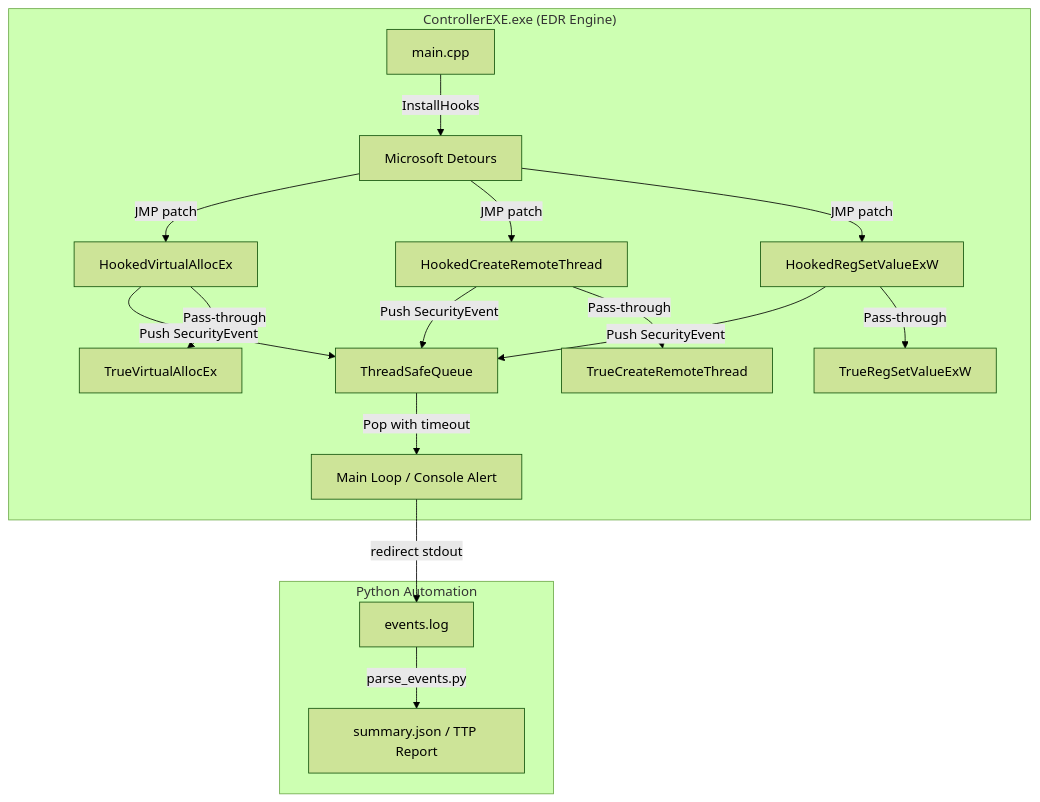
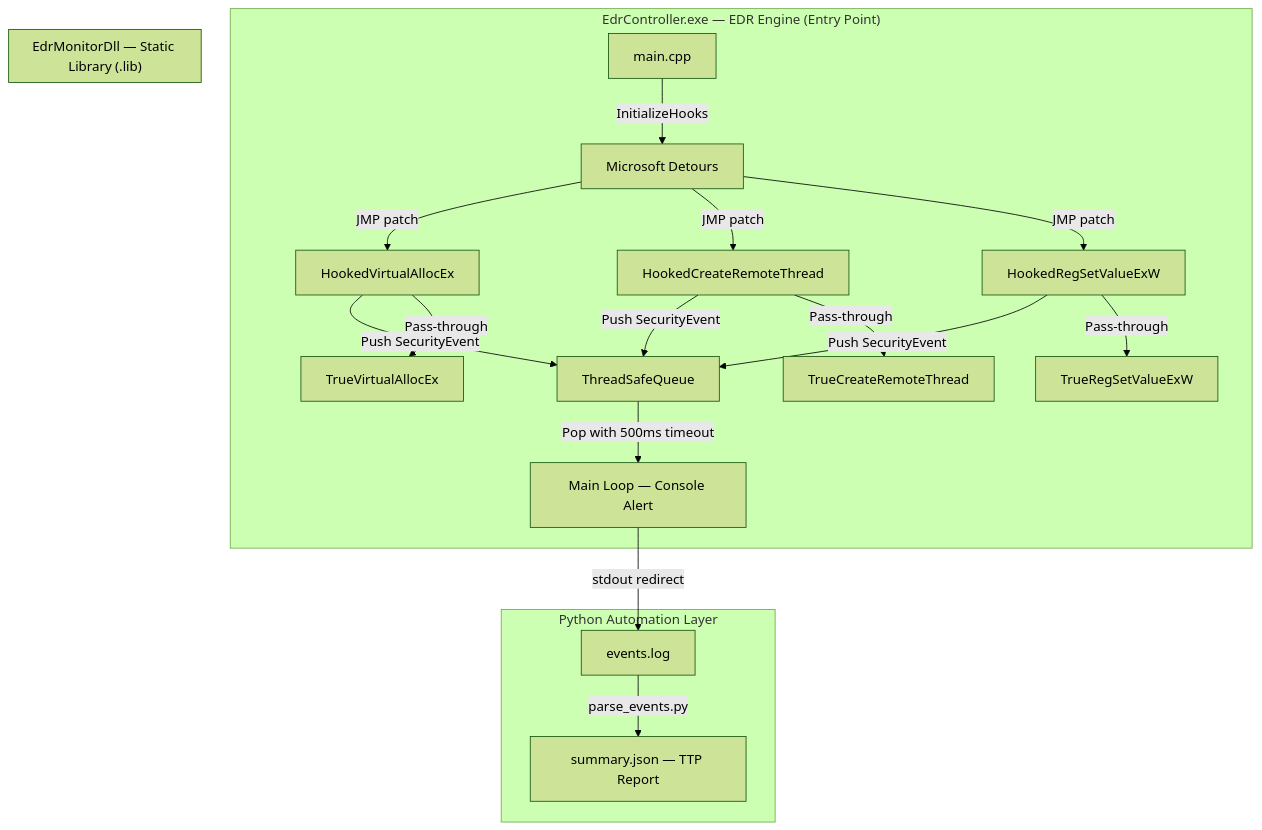
Before and after one commit to rexlim820220/SentinelLite-EDR: the diagram in README.md, drawn with Mermaid (forest theme). The commit also changed other lines of this file, not shown here.

````diff
--- a/README.md
+++ b/README.md
@@ -7,21 +11,28 @@
 ```mermaid
 graph TD
-    subgraph ControllerEXE ["ControllerEXE.exe (EDR Engine)"]
-        A[main.cpp] -->|InstallHooks| B[Microsoft Detours]
+    subgraph EdrController ["EdrController.exe — EDR Engine (Entry Point)"]
+        A[main.cpp] -->|InitializeHooks| B[Microsoft Detours]
         B -->|JMP patch| C[HookedVirtualAllocEx]
         B -->|JMP patch| D[HookedCreateRemoteThread]
         B -->|JMP patch| E[HookedRegSetValueExW]
         C -->|Push SecurityEvent| F[ThreadSafeQueue]
         D -->|Push SecurityEvent| F
         E -->|Push SecurityEvent| F
-        F -->|Pop with timeout| G[Main Loop / Console Alert]
+        F -->|Pop with 500ms timeout| G[Main Loop — Console Alert]
         C -->|Pass-through| H[TrueVirtualAllocEx]
         D -->|Pass-through| I[TrueCreateRemoteThread]
         E -->|Pass-through| J[TrueRegSetValueExW]
     end
 
-    subgraph Python ["Python Automation"]
-        G -->|redirect stdout| K[events.log]
-        K -->|parse_events.py| L[summary.json / TTP Report]
+    subgraph EdrMonitorDll ["EdrMonitorDll — Static Library (.lib)"]
+        C
+        D
+        E
+        F
+    end
+
+    subgraph Python ["Python Automation Layer"]
+        G -->|stdout redirect| K[events.log]
+        K -->|parse_events.py| L[summary.json — TTP Report]
     end
 ```
````
